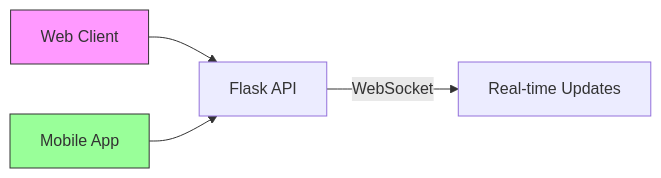
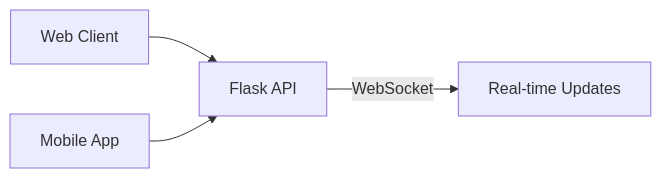
Before and after one commit to Saifgharbii/Flask-Server-for-smart-house-managment: the second of 8 diagrams in documentation/ARCHITECTURE.md, drawn with Mermaid.

````diff
--- a/documentation/ARCHITECTURE.md
+++ b/documentation/ARCHITECTURE.md
@@ -19,8 +19,6 @@
 ```mermaid
 flowchart LR
     Web[Web Client] --> API
     Mobile[Mobile App] --> API
     API[Flask API] -->|WebSocket| RealTime[Real-time Updates]
-    style Web fill:#f9f,stroke:#333
-    style Mobile fill:#9f9,stroke:#333
 ```
````
